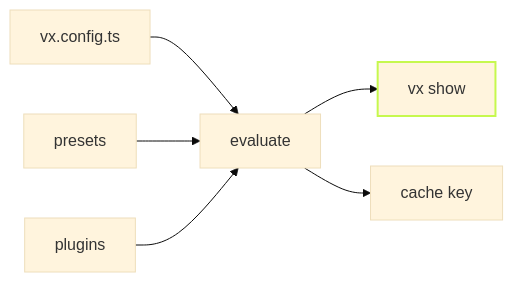
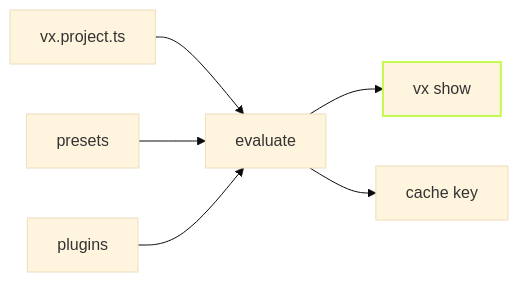
Before and after one commit to vznjs/vx: the diagram in packages/vx-docs/src/content/docs/blog/vx-show.md, drawn with Mermaid (base theme). The commit also changed other lines of this file and 454 other files, not shown here.

First line of the commit message:
refactor!: rename vx.config.* to vx.project.*, vx-lock.json to vx.lock.json

````diff
--- a/packages/vx-docs/src/content/docs/blog/vx-show.md
+++ b/packages/vx-docs/src/content/docs/blog/vx-show.md
@@ -45,9 +45,9 @@
 ```mermaid
 flowchart LR
-  SRC["vx.config.ts"] --> EVAL["evaluate"]
+  SRC["vx.project.ts"] --> EVAL["evaluate"]
   PRE["presets"] --> EVAL
   PLUG["plugins"] --> EVAL
   EVAL --> SHOW["vx show"]
   EVAL --> KEY["cache key"]
   style SHOW stroke:#c6f84e,stroke-width:2px
 ```
````
